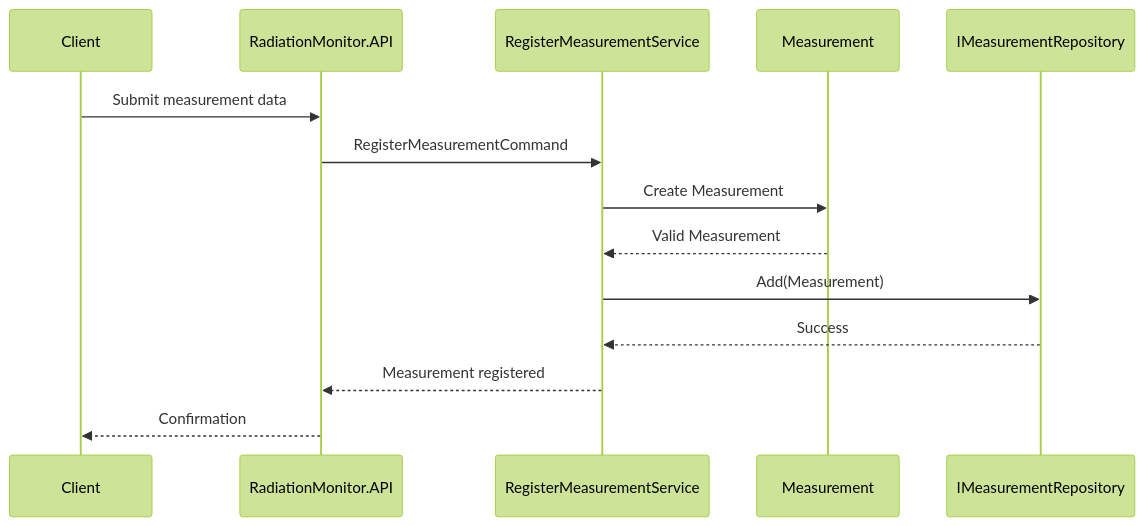
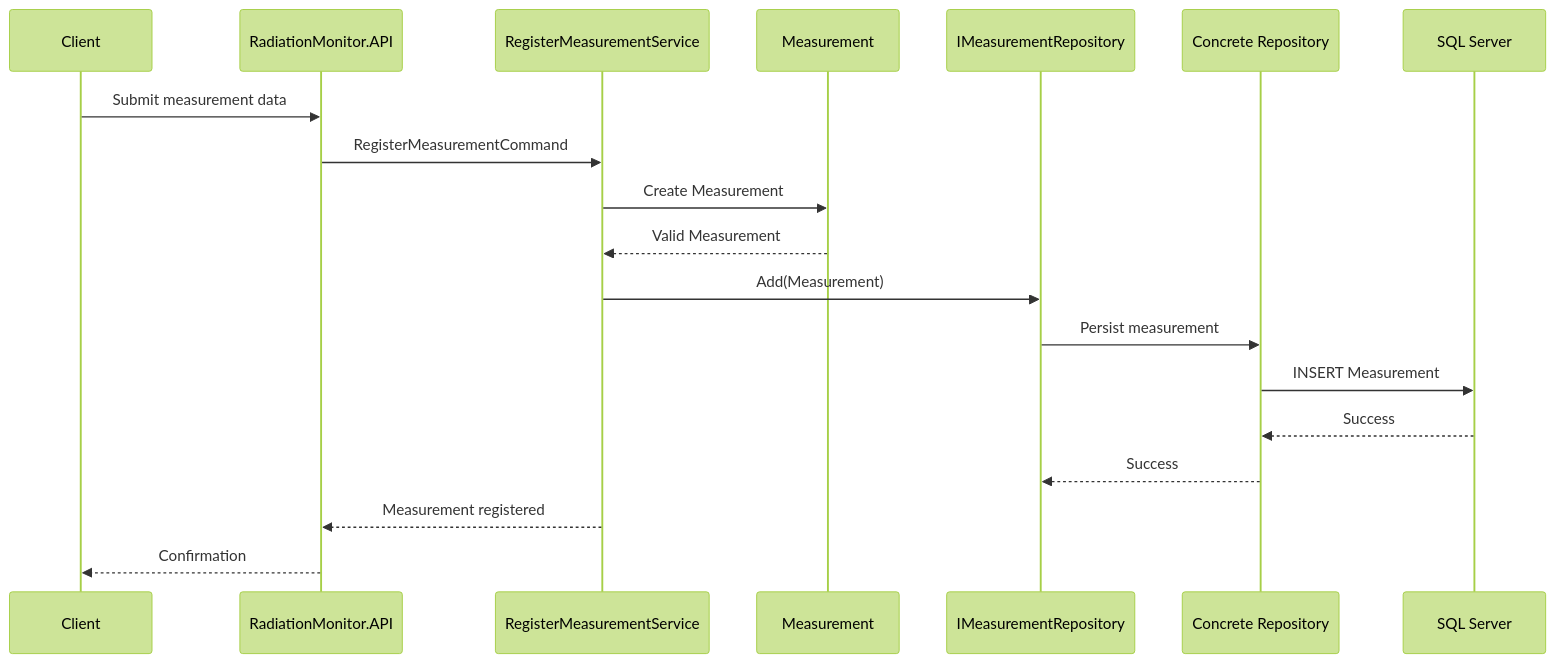
One commit to ManonDamoiseau/RadiationMonitor changed the diagram in RadiationMonitor/docs/use-cases/register-measurement.md. Above: the diagram before and after it, drawn with Mermaid (forest theme). The commit also changed other lines of this file and 12 other files, not shown here.

Commit message:
Complete SQL Server persistence

````diff
--- a/RadiationMonitor/docs/use-cases/register-measurement.md
+++ b/RadiationMonitor/docs/use-cases/register-measurement.md
@@ -83,25 +97,31 @@
 ```mermaid
 sequenceDiagram
 
 participant Client
 participant API as RadiationMonitor.API
 participant Service as RegisterMeasurementService
 participant Domain as Measurement
 participant Repository as IMeasurementRepository
+participant Persistence as Concrete Repository
+participant DB as SQL Server
 
 Client->>API: Submit measurement data
 
 API->>Service: RegisterMeasurementCommand
 
 Service->>Domain: Create Measurement
 
 Domain-->>Service: Valid Measurement
 
 Service->>Repository: Add(Measurement)
 
-Repository-->>Service: Success
+Repository->>Persistence: Persist measurement
+Persistence->>DB: INSERT Measurement
+
+DB-->>Persistence: Success
+Persistence-->>Repository: Success
 
 Service-->>API: Measurement registered
 
 API-->>Client: Confirmation
 ```
````
